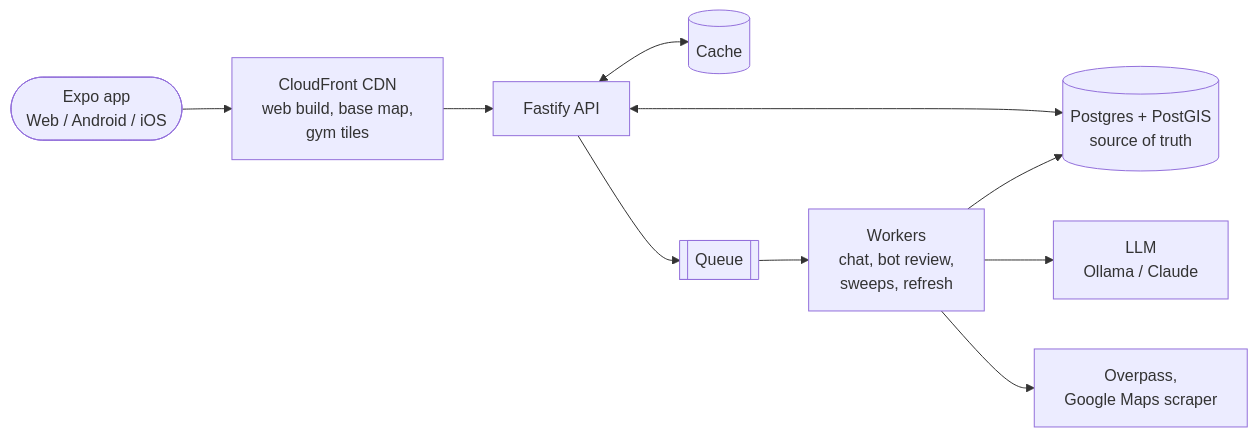
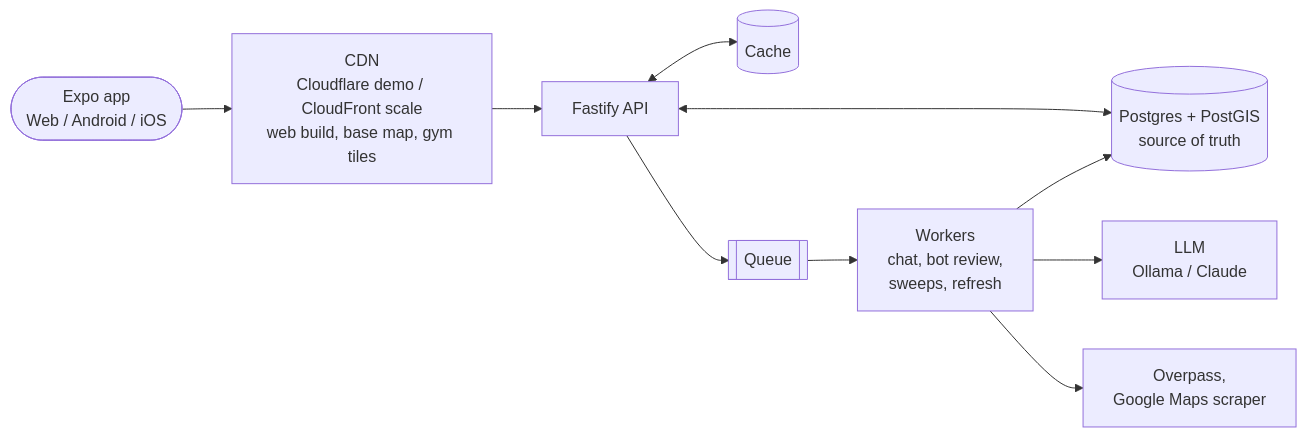
The first of 2 diagrams in docs/DESIGN.md (AbsentLung/GymFinder), drawn with Mermaid before and after one commit. The commit also changed other lines of this file and 3 other files, not shown here.

First line of the commit message:
Host demo mode on Oracle Always Free VM + Cloudflare

````diff
--- a/docs/DESIGN.md
+++ b/docs/DESIGN.md
@@ -30,12 +30,12 @@
 ```mermaid
 flowchart LR
-    App([Expo app<br/>Web / Android / iOS]) --> CDN[CloudFront CDN<br/>web build, base map,<br/>gym tiles]
+    App([Expo app<br/>Web / Android / iOS]) --> CDN[CDN<br/>Cloudflare demo / CloudFront scale<br/>web build, base map, gym tiles]
     CDN --> API[Fastify API]
     API <--> PG[(Postgres + PostGIS<br/>source of truth)]
     API <--> C[(Cache)]
     API --> Q[[Queue]]
     Q --> W[Workers<br/>chat, bot review,<br/>sweeps, refresh]
     W --> PG
     W --> LLM[LLM<br/>Ollama / Claude]
     W --> SRC[Overpass,<br/>Google Maps scraper]
 ```
````
